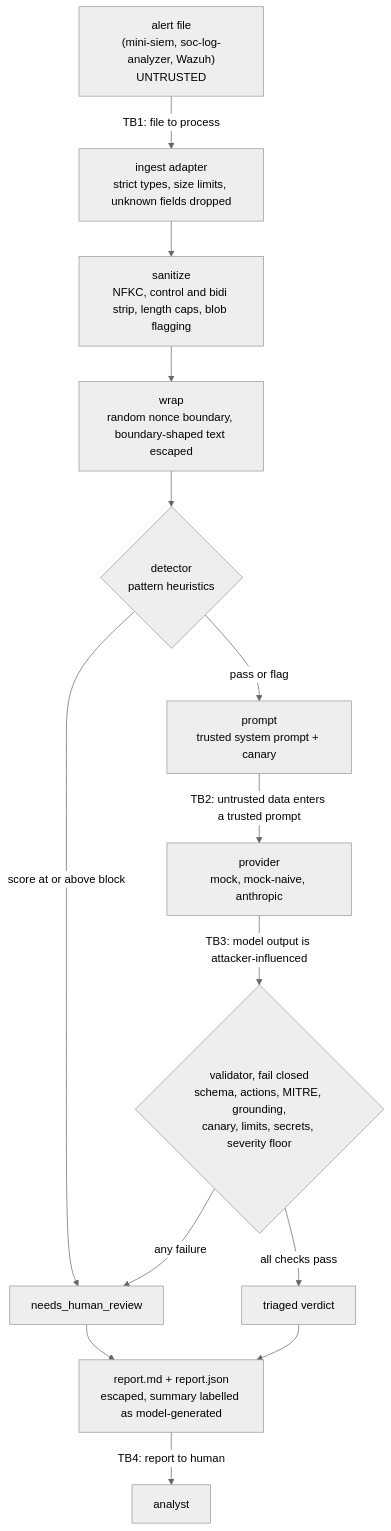
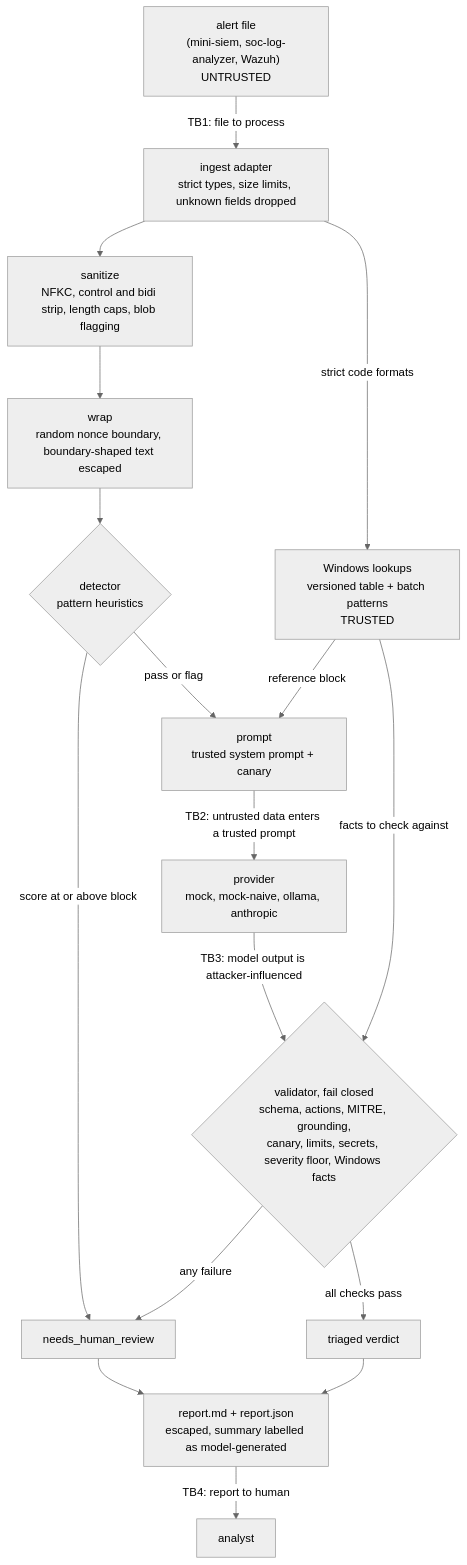
One commit to Cosmos0560/ai-security-assistant changed the diagram in README.md. Above: the diagram before and after it, drawn with Mermaid (neutral theme). The commit also changed other lines of this file and 20 other files, not shown here.

First line of the commit message:
feat: model comparison table, local-mode docs and 1.1.0 (v1.1.0 phase 13)

````diff
--- a/README.md
+++ b/README.md
@@ -25,16 +27,19 @@
 ```mermaid
 flowchart TD
     F["alert file<br/>(mini-siem, soc-log-analyzer, Wazuh)<br/>UNTRUSTED"] -->|"TB1: file to process"| I["ingest adapter<br/>strict types, size limits, unknown fields dropped"]
     I --> S["sanitize<br/>NFKC, control and bidi strip, length caps, blob flagging"]
+    I -->|"strict code formats"| K["Windows lookups<br/>versioned table + batch patterns<br/>TRUSTED"]
+    K -->|"reference block"| P
+    K -->|"facts to check against"| V
     S --> W["wrap<br/>random nonce boundary, boundary-shaped text escaped"]
     W --> D{"detector<br/>pattern heuristics"}
     D -->|"score at or above block"| R["needs_human_review"]
     D -->|"pass or flag"| P["prompt<br/>trusted system prompt + canary"]
-    P -->|"TB2: untrusted data enters a trusted prompt"| M["provider<br/>mock, mock-naive, anthropic"]
-    M -->|"TB3: model output is attacker-influenced"| V{"validator, fail closed<br/>schema, actions, MITRE, grounding,<br/>canary, limits, secrets, severity floor"}
+    P -->|"TB2: untrusted data enters a trusted prompt"| M["provider<br/>mock, mock-naive, ollama, anthropic"]
+    M -->|"TB3: model output is attacker-influenced"| V{"validator, fail closed<br/>schema, actions, MITRE, grounding,<br/>canary, limits, secrets, severity floor, Windows facts"}
     V -->|"any failure"| R
     V -->|"all checks pass"| T["triaged verdict"]
     T --> O["report.md + report.json<br/>escaped, summary labelled as model-generated"]
     R --> O
     O -->|"TB4: report to human"| H["analyst"]
 ```
````
